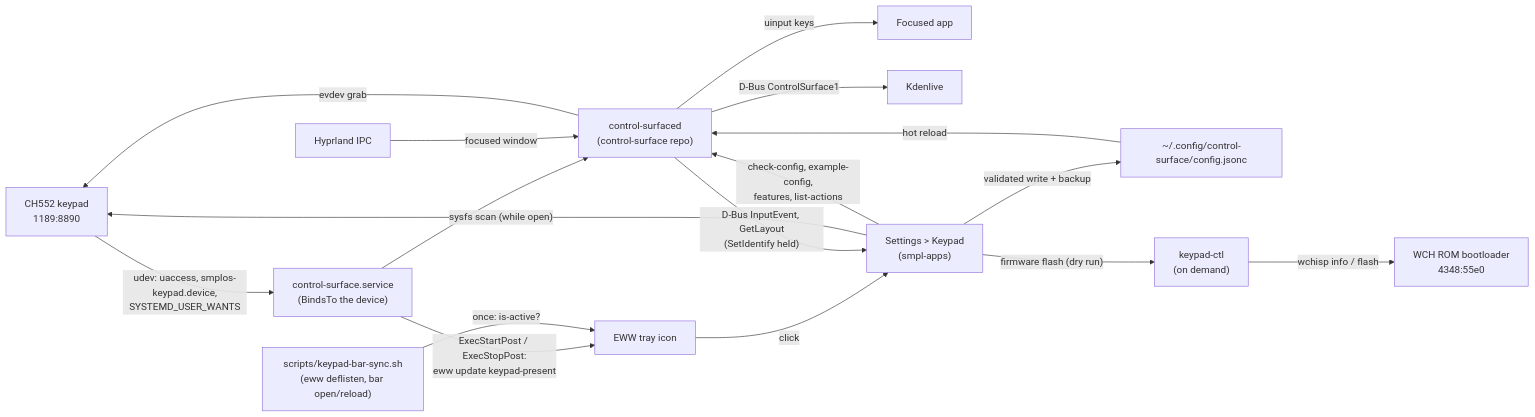
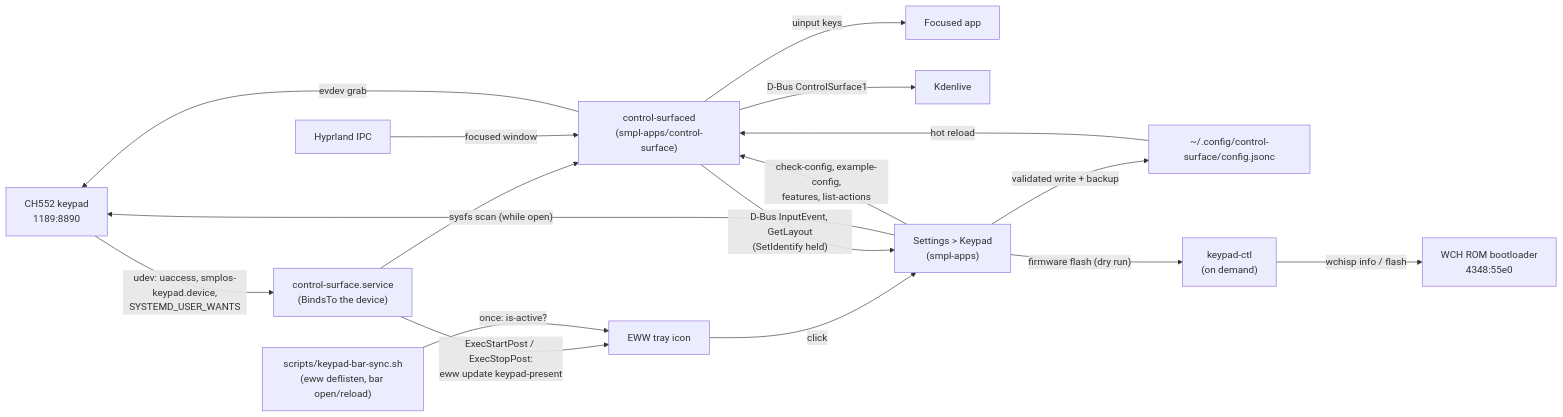
The first of 2 diagrams in KEYPAD.md (smpl-os/smplos), drawn with Mermaid before and after one commit. The commit also changed other lines of this file and 14 other files, not shown here.

````diff
--- a/KEYPAD.md
+++ b/KEYPAD.md
@@ -75,19 +75,19 @@
 ```mermaid
 flowchart LR
   pad["CH552 keypad\n1189:8890"] -- "udev: uaccess, smplos-keypad.device,\nSYSTEMD_USER_WANTS" --> unit["control-surface.service\n(BindsTo the device)"]
-  unit --> daemon["control-surfaced\n(control-surface repo)"]
+  unit --> daemon["control-surfaced\n(smpl-apps/control-surface)"]
   unit -- "ExecStartPost / ExecStopPost:\neww update keypad-present" --> eww["EWW tray icon"]
   sync["scripts/keypad-bar-sync.sh\n(eww deflisten, bar open/reload)"] -- "once: is-active?" --> eww
   daemon -- "evdev grab" --> pad
   daemon -- "uinput keys" --> desktop[Focused app]
   daemon -- "D-Bus ControlSurface1" --> kdenlive[Kdenlive]
   hypr[Hyprland IPC] -- focused window --> daemon
   cfg["~/.config/control-surface/config.jsonc"] -- hot reload --> daemon
   eww -- click --> settings["Settings > Keypad\n(smpl-apps)"]
   settings -- "sysfs scan (while open)" --> pad
   settings -- "check-config, example-config,\nfeatures, list-actions" --> daemon
   daemon -- "D-Bus InputEvent, GetLayout\n(SetIdentify held)" --> settings
   settings -- "validated write + backup" --> cfg
   settings -- "firmware flash (dry run)" --> ctl["keypad-ctl\n(on demand)"]
   ctl -- "wchisp info / flash" --> loader["WCH ROM bootloader\n4348:55e0"]
 ```
````
